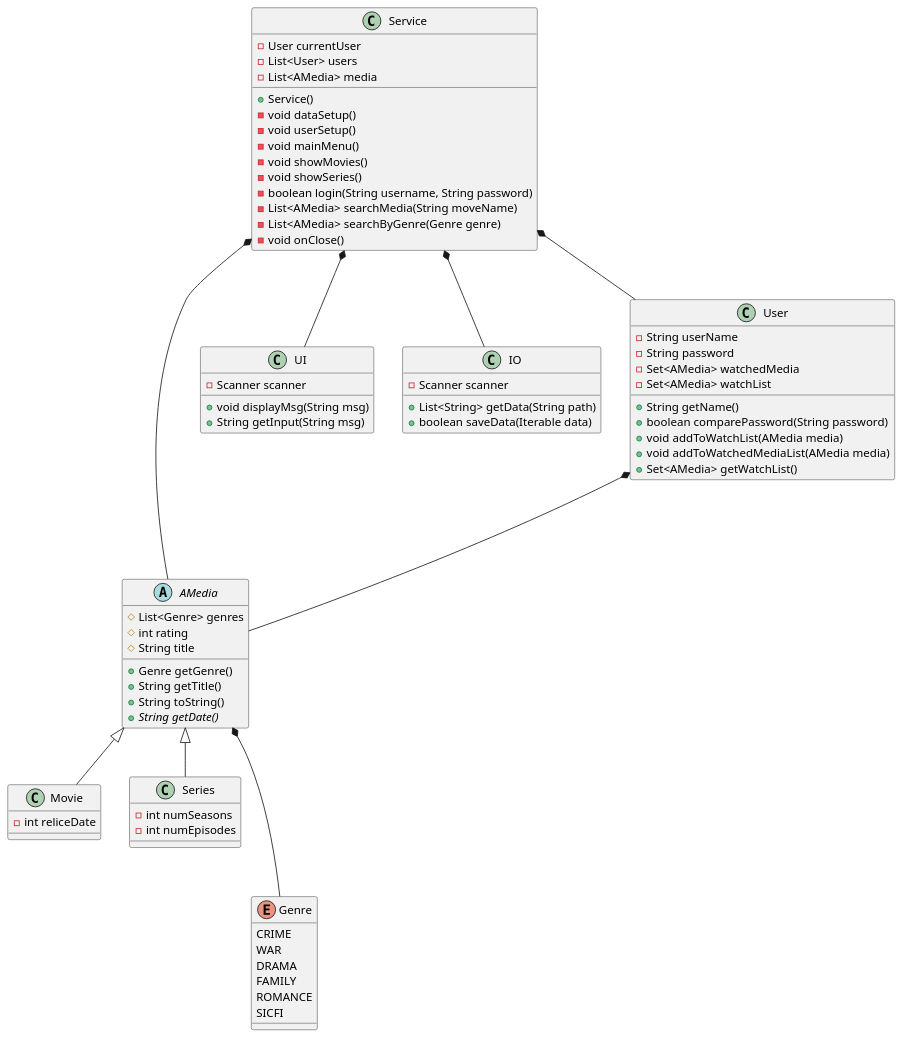
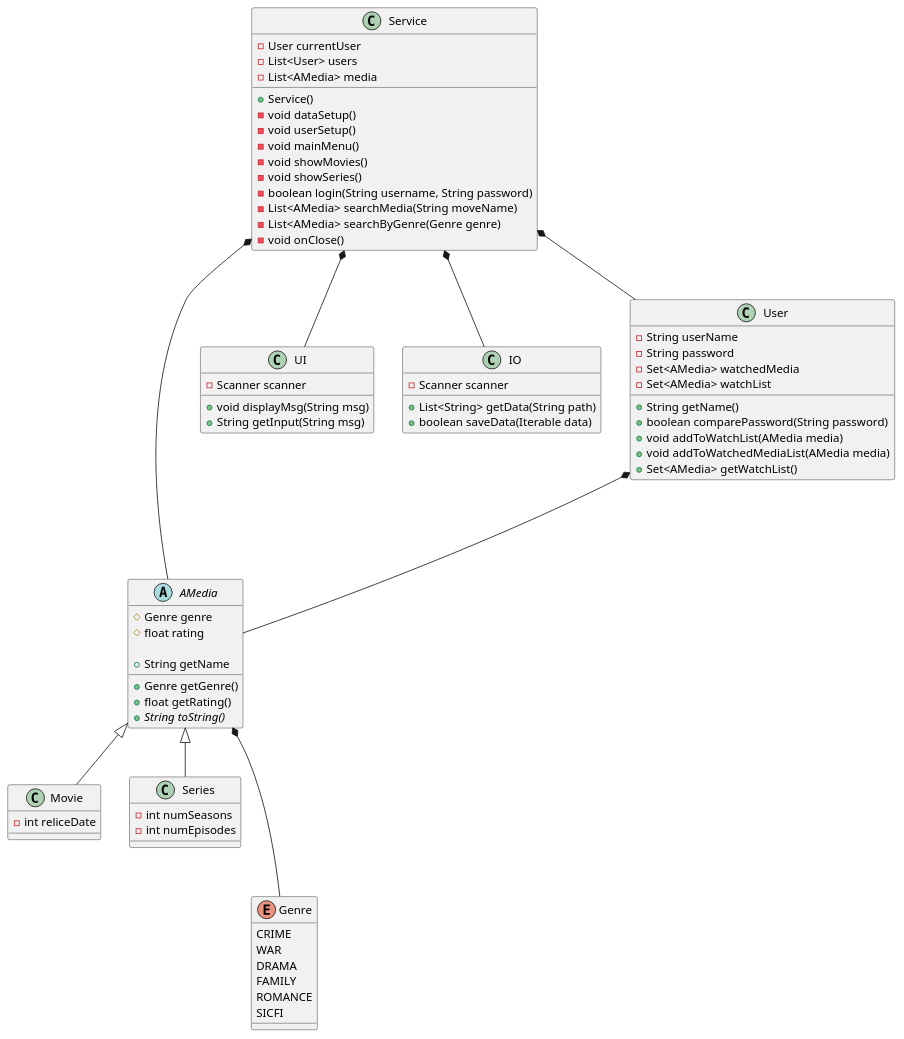
One commit to Laumh-exe/sp3 changed the diagram in doc/classDiagra.puml. Above: the diagram before and after it, drawn with PlantUML. The commit also changed 1 other file, not shown here.

Commit message:
rating seach (#13)

```diff
--- a/doc/classDiagra.puml
+++ b/doc/classDiagra.puml
@@ -1,91 +1,92 @@
 @startuml
 abstract class AMedia{
-	# List<Genre> genres
-	# int rating
-    # String title
+
+	# Genre genre
+	# float rating
 
     + Genre getGenre()
-    + String getTitle()
-    + String toString()
-    {abstract} + String getDate()
+    + float getRating()
+    + String getName
+    {abstract} + String toString()
+
 }
 
 class Movie{
 	- int reliceDate
 }
 
 class Series{
 	- int numSeasons
 	- int numEpisodes	
 }
 
 class UI {
     - Scanner scanner
 	+ void displayMsg(String msg)
 	+ String getInput(String msg)
 }
 
 class IO{
     - Scanner scanner
 	+ List<String> getData(String path)
 	+ boolean saveData(Iterable data)
 }
 
 class User{
     - String userName
     - String password
     - Set<AMedia> watchedMedia
     - Set<AMedia> watchList
     + String getName()
     + boolean comparePassword(String password)
     + void addToWatchList(AMedia media)
     + void addToWatchedMediaList(AMedia media)
     + Set<AMedia> getWatchList()
 }
 
 class Service{
     - User currentUser
 	- List<User> users
 	- List<AMedia> media
 	
     + Service()
     - void dataSetup()
     - void userSetup()
     - void mainMenu() 
     - void showMovies()
     - void showSeries()
 	- boolean login(String username, String password)
     - List<AMedia> searchMedia(String moveName)
     - List<AMedia> searchByGenre(Genre genre)
     - void onClose()
 }
 note left of Service::setup
     userlogin / create user
 end note
 
 note left of Service::mainMainu
     This is the main loop of the programSS
 end note
 
 enum Genre{
     CRIME
     WAR
     DRAMA
     FAMILY
     ROMANCE
     SICFI
 }
 
 Service *-- AMedia
 Service *-- User
 Service *-- UI
 Service *-- IO
 
 AMedia *--- Genre
 
 User *--- AMedia
 
 
 AMedia <|-- Movie
 AMedia <|-- Series
 @enduml
```
